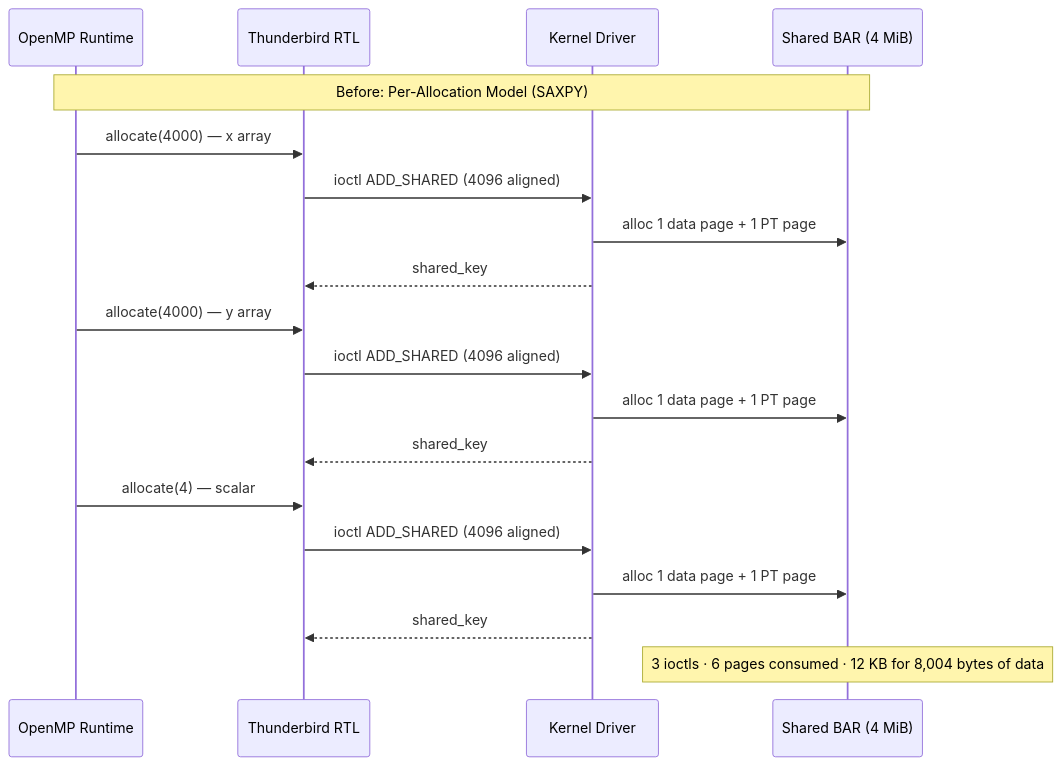
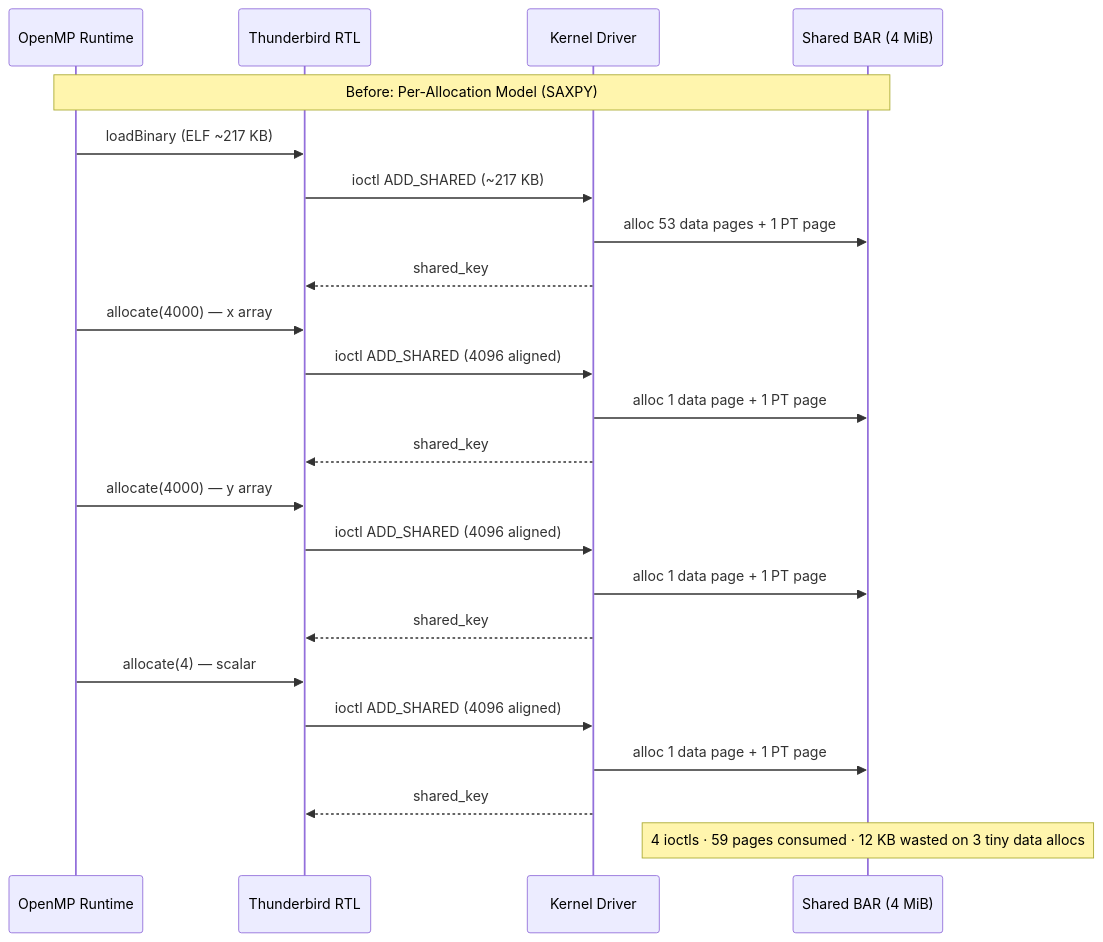
Before and after one commit to InspireSemi/llvm-project: the first of 7 diagrams in offload/plugins-nextgen/thunderbird/docs/memory_pool_design.md, drawn with Mermaid. The commit also changed other lines of this file and 1 other file, not shown here.

````diff
--- a/offload/plugins-nextgen/thunderbird/docs/memory_pool_design.md
+++ b/offload/plugins-nextgen/thunderbird/docs/memory_pool_design.md
@@ -9,26 +13,31 @@
 ```mermaid
 sequenceDiagram
     participant OMP as OpenMP Runtime
     participant RTL as Thunderbird RTL
     participant DRV as Kernel Driver
     participant BAR as Shared BAR (4 MiB)
 
     Note over OMP,BAR: Before: Per-Allocation Model (SAXPY)
+
+    OMP->>RTL: loadBinary (ELF ~217 KB)
+    RTL->>DRV: ioctl ADD_SHARED (~217 KB)
+    DRV->>BAR: alloc 53 data pages + 1 PT page
+    DRV-->>RTL: shared_key
 
     OMP->>RTL: allocate(4000) — x array
     RTL->>DRV: ioctl ADD_SHARED (4096 aligned)
     DRV->>BAR: alloc 1 data page + 1 PT page
     DRV-->>RTL: shared_key
 
     OMP->>RTL: allocate(4000) — y array
     RTL->>DRV: ioctl ADD_SHARED (4096 aligned)
     DRV->>BAR: alloc 1 data page + 1 PT page
     DRV-->>RTL: shared_key
 
     OMP->>RTL: allocate(4) — scalar
     RTL->>DRV: ioctl ADD_SHARED (4096 aligned)
     DRV->>BAR: alloc 1 data page + 1 PT page
     DRV-->>RTL: shared_key
 
-    Note over BAR: 3 ioctls · 6 pages consumed · 12 KB for 8,004 bytes of data
+    Note over BAR: 4 ioctls · 59 pages consumed · 12 KB wasted on 3 tiny data allocs
 ```
````
